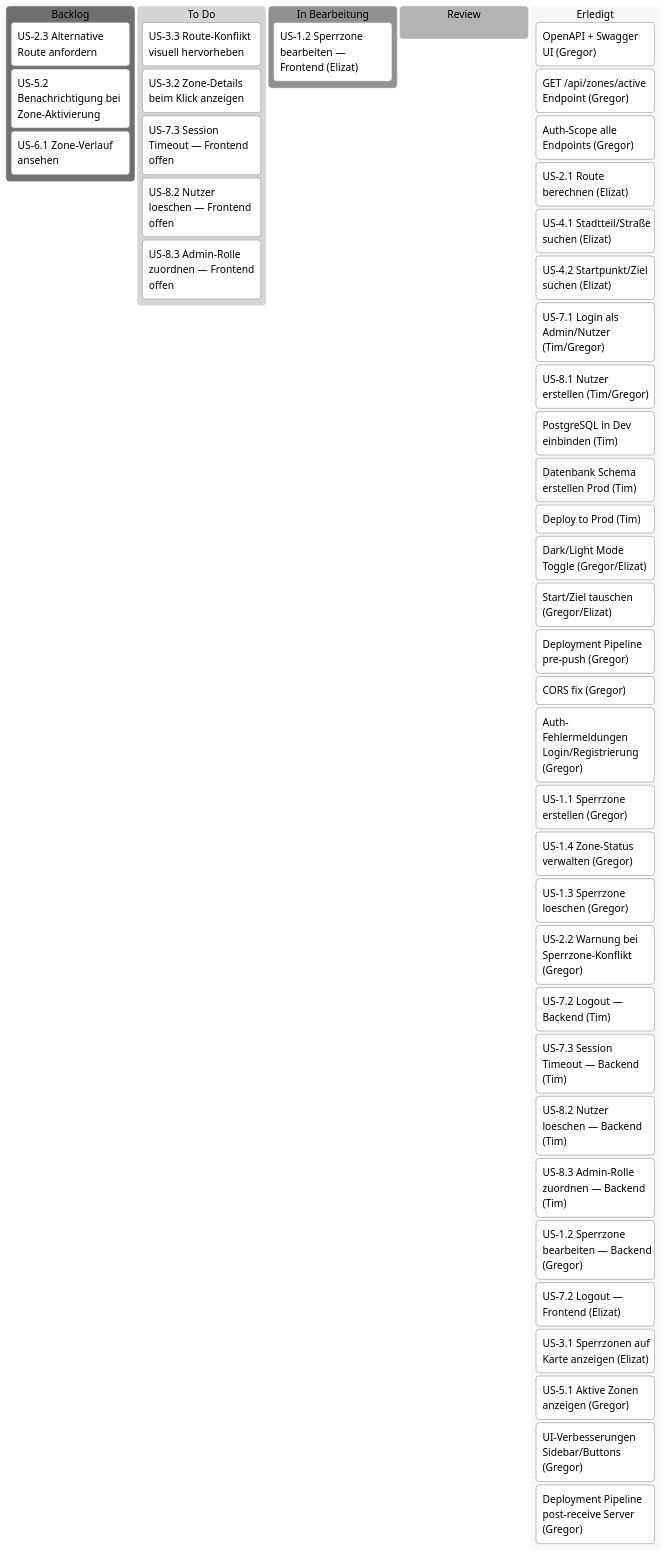
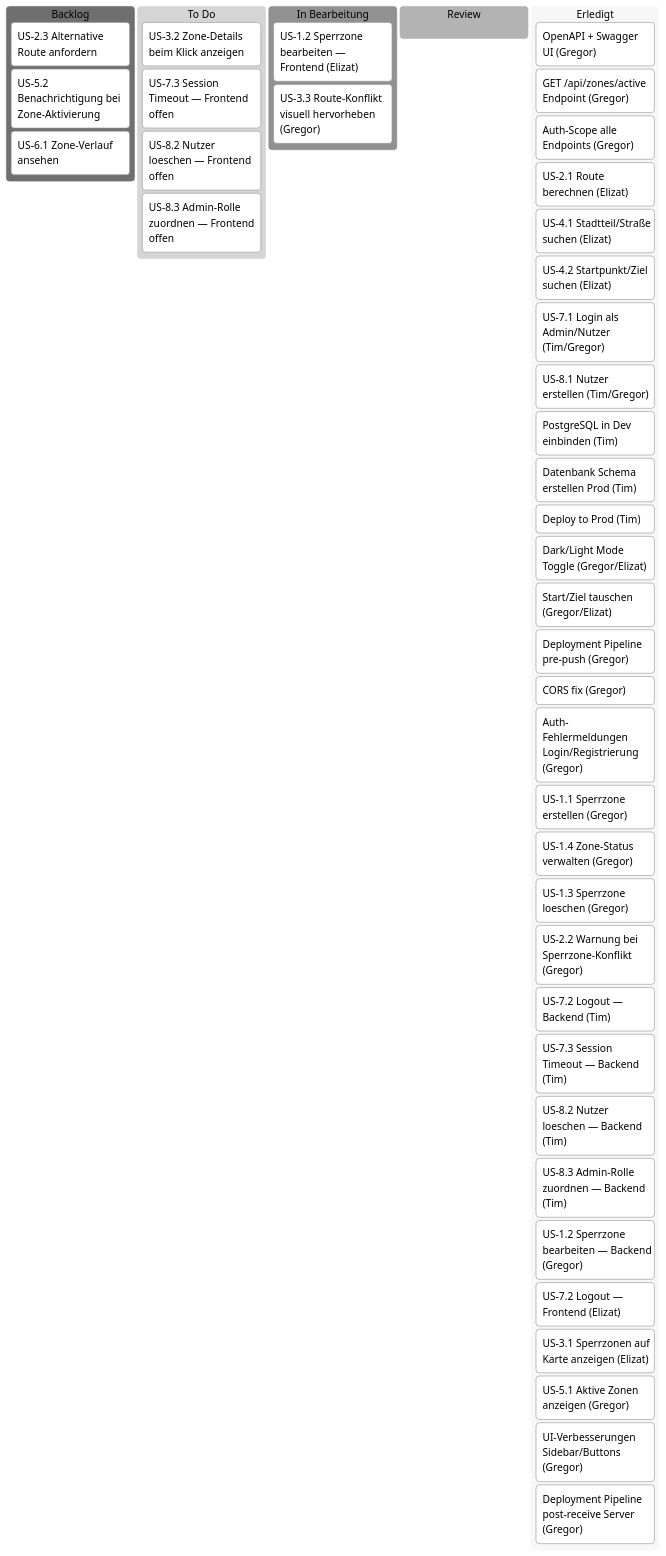
The diagram in docs/project/PLAN.md (g8rdier/urban-flow-governance), drawn with Mermaid (neutral theme) before and after one commit. The commit also changed other lines of this file, not shown here.

````diff
--- a/docs/project/PLAN.md
+++ b/docs/project/PLAN.md
@@ -15,56 +15,56 @@
 ```mermaid
 ---
 config:
   kanban:
     ticketBaseUrl: ''
 ---
 kanban
   Backlog
     b1[US-2.3 Alternative Route anfordern]
     b3[US-5.2 Benachrichtigung bei Zone-Aktivierung]
     b4[US-6.1 Zone-Verlauf ansehen]
 
   ToDo[To Do]
-    t2[US-3.3 Route-Konflikt visuell hervorheben]
     t3[US-3.2 Zone-Details beim Klick anzeigen]
     t5["US-7.3 Session Timeout — Frontend offen"]
     t6["US-8.2 Nutzer loeschen — Frontend offen"]
     t7["US-8.3 Admin-Rolle zuordnen — Frontend offen"]
 
   InProgress[In Bearbeitung]
     i1["US-1.2 Sperrzone bearbeiten — Frontend (Elizat)"]
+    i2["US-3.3 Route-Konflikt visuell hervorheben (Gregor)"]
 
   Review
 
   Erledigt
     d1["OpenAPI + Swagger UI (Gregor)"]
     d2["GET /api/zones/active Endpoint (Gregor)"]
     d3["Auth-Scope alle Endpoints (Gregor)"]
     d4["US-2.1 Route berechnen (Elizat)"]
     d5["US-4.1 Stadtteil/Straße suchen (Elizat)"]
     d6["US-4.2 Startpunkt/Ziel suchen (Elizat)"]
     r4["US-7.1 Login als Admin/Nutzer (Tim/Gregor)"]
     r7["US-8.1 Nutzer erstellen (Tim/Gregor)"]
     p5["PostgreSQL in Dev einbinden (Tim)"]
     t7["Datenbank Schema erstellen Prod (Tim)"]
     t8["Deploy to Prod (Tim)"]
     d7["Dark/Light Mode Toggle (Gregor/Elizat)"]
     d8["Start/Ziel tauschen (Gregor/Elizat)"]
     d9["Deployment Pipeline pre-push (Gregor)"]
     d10["CORS fix (Gregor)"]
     d11["Auth-Fehlermeldungen Login/Registrierung (Gregor)"]
     p1["US-1.1 Sperrzone erstellen (Gregor)"]
     p2["US-1.4 Zone-Status verwalten (Gregor)"]
     r2["US-1.3 Sperrzone loeschen (Gregor)"]
     r3["US-2.2 Warnung bei Sperrzone-Konflikt (Gregor)"]
     e1["US-7.2 Logout — Backend (Tim)"]
     e2["US-7.3 Session Timeout — Backend (Tim)"]
     e3["US-8.2 Nutzer loeschen — Backend (Tim)"]
     e4["US-8.3 Admin-Rolle zuordnen — Backend (Tim)"]
     e5["US-1.2 Sperrzone bearbeiten — Backend (Gregor)"]
     e6["US-7.2 Logout — Frontend (Elizat)"]
     e7["US-3.1 Sperrzonen auf Karte anzeigen (Elizat)"]
     e8["US-5.1 Aktive Zonen anzeigen (Gregor)"]
     e9["UI-Verbesserungen Sidebar/Buttons (Gregor)"]
     e10["Deployment Pipeline post-receive Server (Gregor)"]
 ```
````
